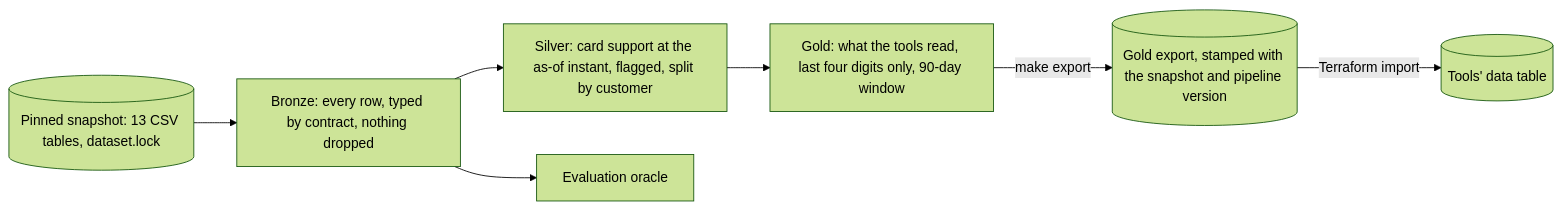
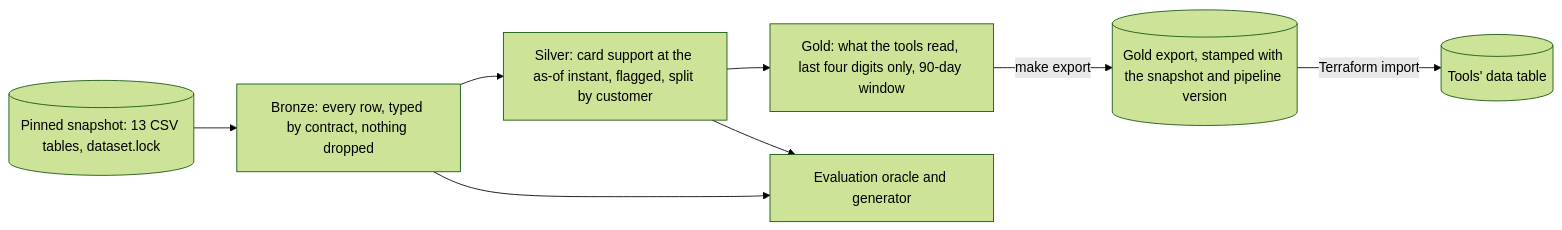
Before and after one commit to gafnts/factored-hackathon-2026-gafnts: the fourth of 5 diagrams in docs/architecture.md, drawn with Mermaid (forest theme). The commit also changed other lines of this file, not shown here.

Commit message:
Rewrite the architecture page to what prototype runs after promotion 3

````diff
--- a/docs/architecture.md
+++ b/docs/architecture.md
@@ -136,12 +172,13 @@
 ```mermaid
 flowchart LR
   SNAP[("Pinned snapshot: 13 CSV tables, dataset.lock")]
   BR["Bronze: every row, typed by contract, nothing dropped"]
   SI["Silver: card support at the as-of instant, flagged, split by customer"]
   GO["Gold: what the tools read, last four digits only, 90-day window"]
   EXP[("Gold export, stamped with the snapshot and pipeline version")]
   TD[("Tools' data table")]
-  OR["Evaluation oracle"]
+  OR["Evaluation oracle and generator"]
   SNAP --> BR --> SI --> GO -->|"make export"| EXP -->|"Terraform import"| TD
   BR --> OR
+  SI --> OR
 ```
````
